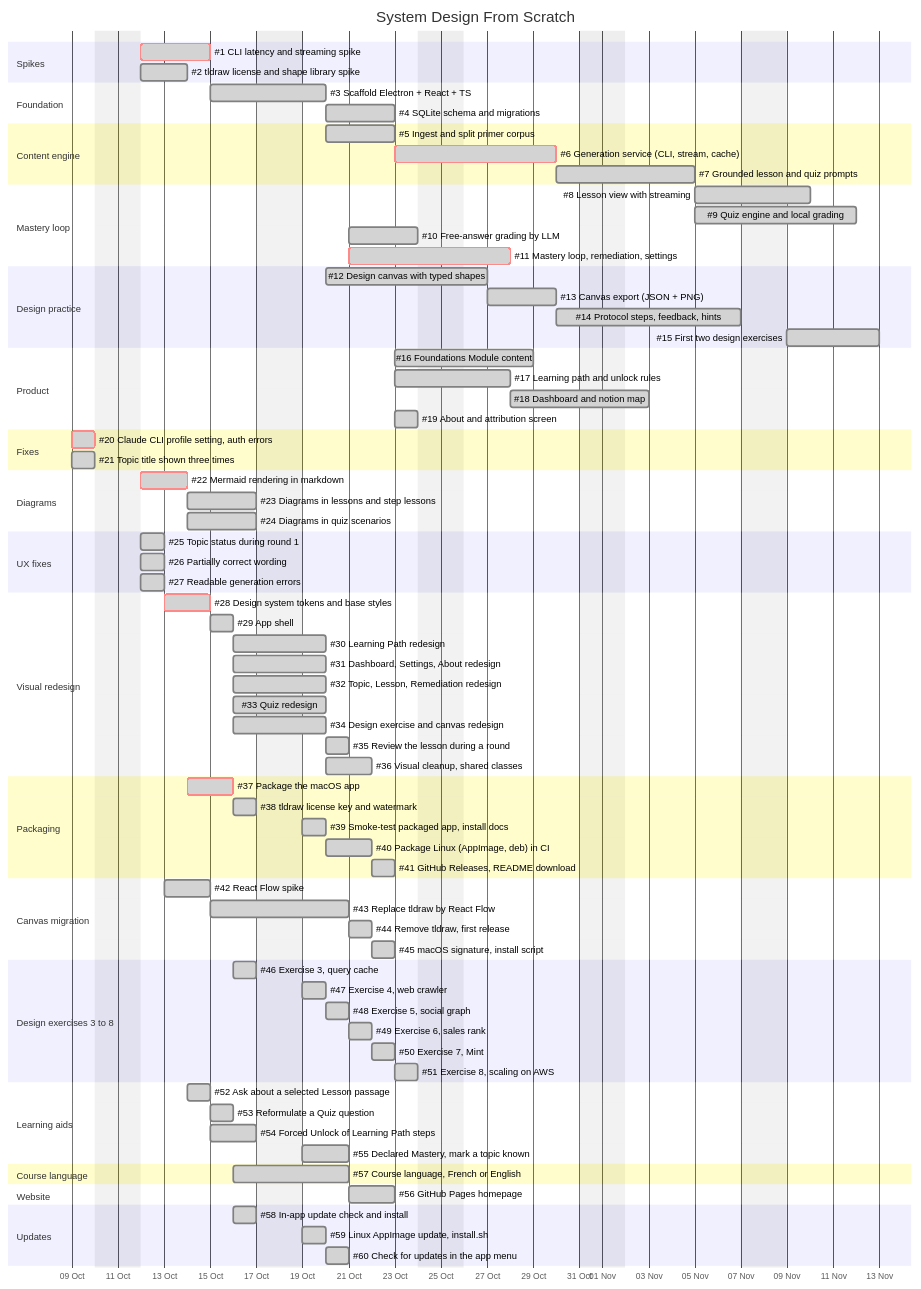
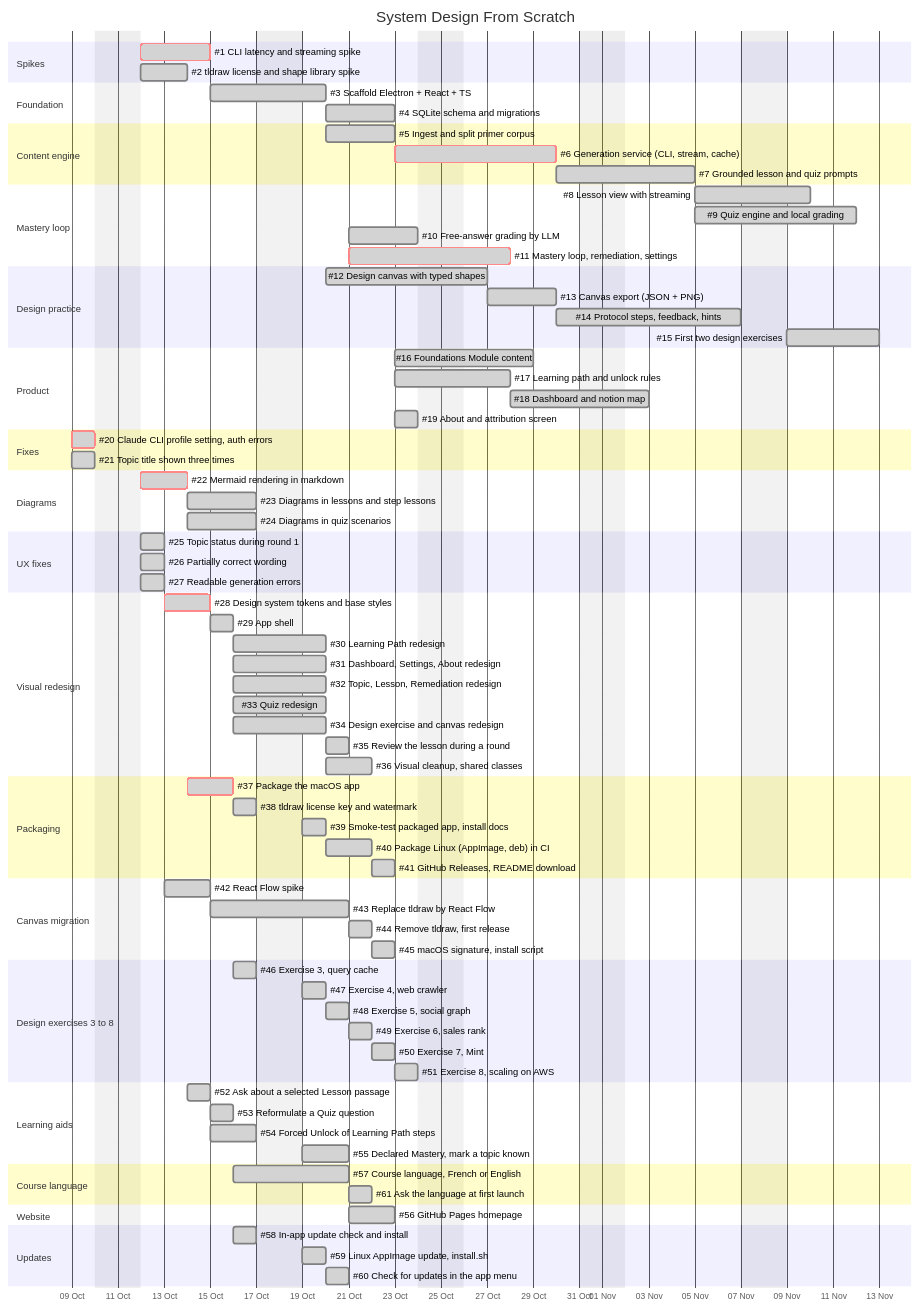
The diagram in docs/ROADMAP.md (jbclaramonte/system-design-from-scratch), drawn with Mermaid before and after one commit. The commit also changed other lines of this file and 30 other files, not shown here.

First line of the commit message:
feat: ask the Generation Language at first launch

```diff
--- a/docs/ROADMAP.md
+++ b/docs/ROADMAP.md
@@ -102,6 +102,7 @@
 
     section Course language
     #57 Course language, French or English    :done, l1, 2026-10-16, 3d
+    #61 Ask the language at first launch      :done, l2, after l1, 1d
 
     section Website
     #56 GitHub Pages homepage                 :done, w1, after l1, 2d
```
